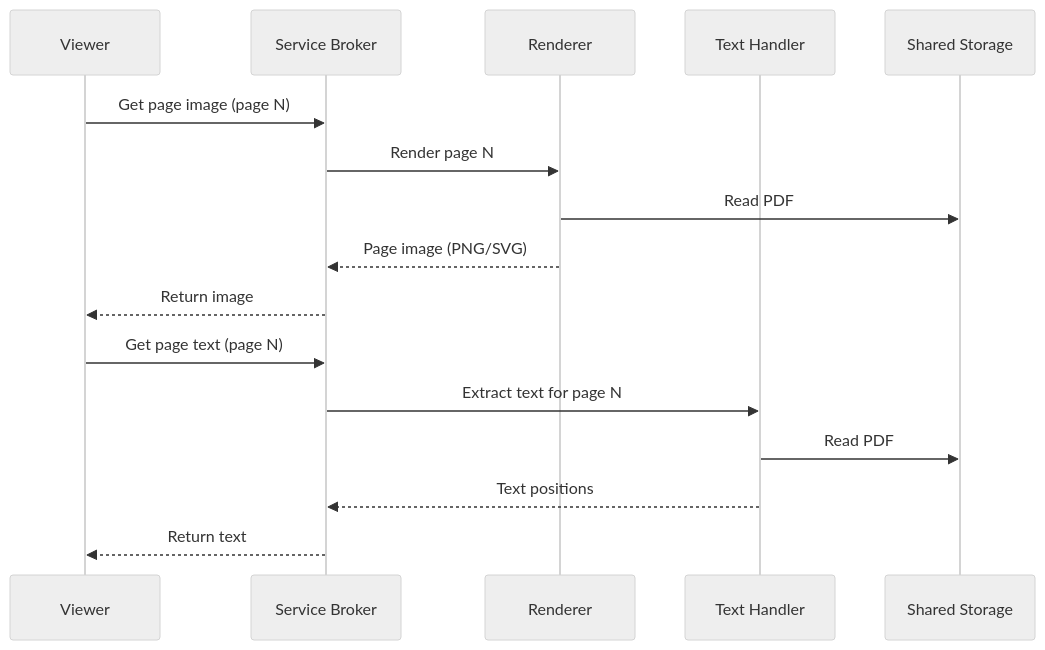
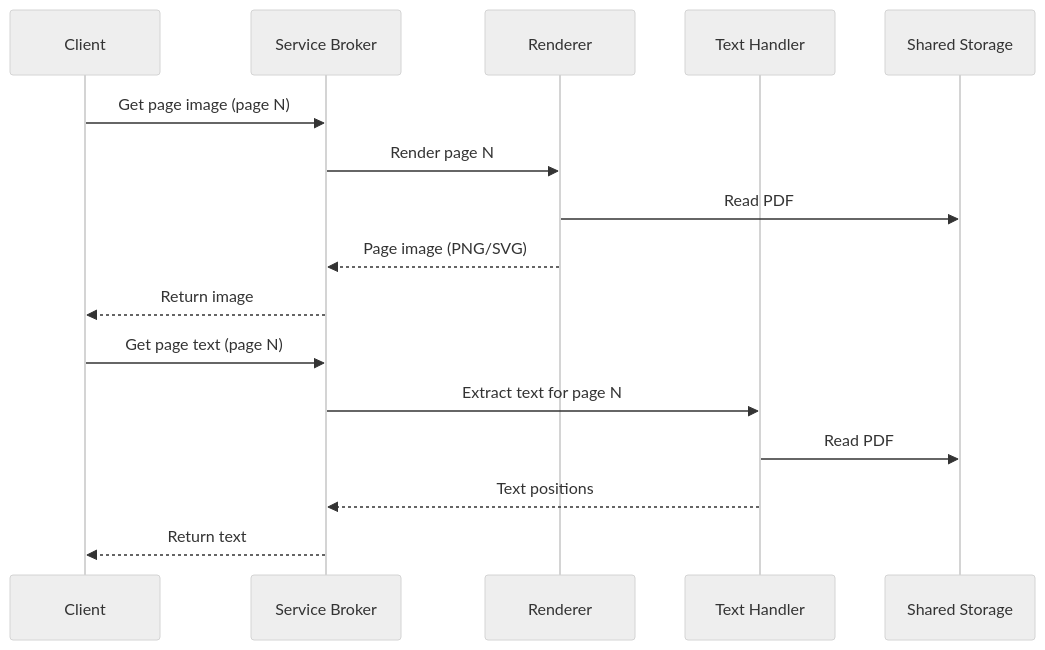
Before and after one commit to Uxopian/uxodocs: the second of 2 diagrams in docs/arender/concepts/rendition-pipeline.md, drawn with Mermaid (neutral theme). The commit also changed other lines of this file and 62 other files, not shown here.

````diff
--- a/docs/arender/concepts/rendition-pipeline.md
+++ b/docs/arender/concepts/rendition-pipeline.md
@@ -40,20 +40,20 @@
 ```mermaid
 sequenceDiagram
-    participant V as Viewer
+    participant C as Client
     participant B as Service Broker
     participant R as Renderer
     participant T as Text Handler
     participant FS as Shared Storage
 
-    V->>B: Get page image (page N)
+    C->>B: Get page image (page N)
     B->>R: Render page N
     R->>FS: Read PDF
     R-->>B: Page image (PNG/SVG)
-    B-->>V: Return image
+    B-->>C: Return image
 
-    V->>B: Get page text (page N)
+    C->>B: Get page text (page N)
     B->>T: Extract text for page N
     T->>FS: Read PDF
     T-->>B: Text positions
-    B-->>V: Return text
+    B-->>C: Return text
 ```
````
